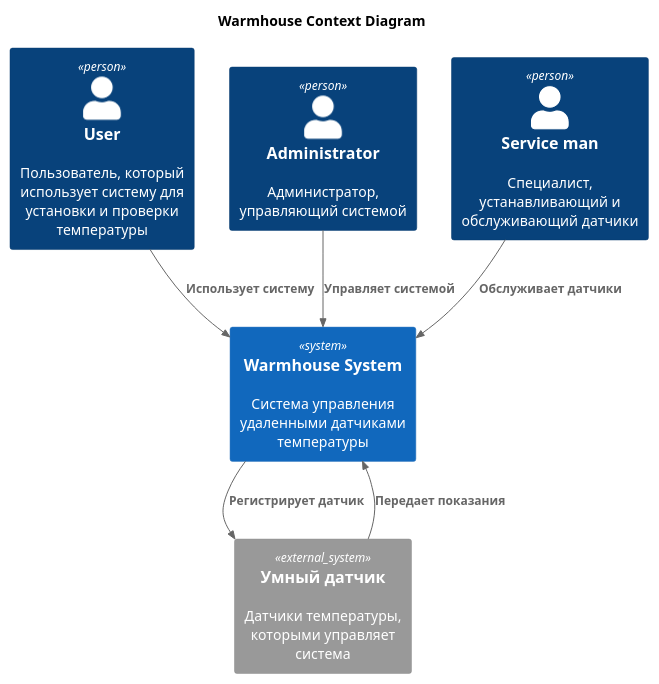
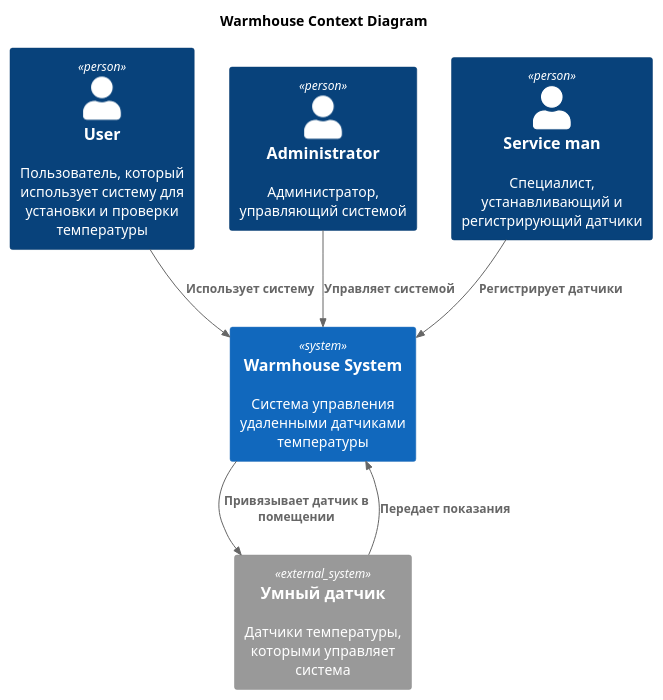
One commit to viceversag/Yandex-Architecture changed the diagram in diagrams/context/Warmhouse_context.puml. Above: the diagram before and after it, drawn with PlantUML. The commit also changed 1 other file, not shown here.

```diff
--- a/diagrams/context/Warmhouse_context.puml
+++ b/diagrams/context/Warmhouse_context.puml
@@ -1,20 +1,21 @@
 @startuml
 title Warmhouse Context Diagram
 
 top to bottom direction
 
 !includeurl https://raw.githubusercontent.com/RicardoNiepel/C4-PlantUML/master/C4_Component.puml
 
 Person(user, "User", "Пользователь, который использует систему для установки и проверки температуры")
 Person(admin, "Administrator", "Администратор, управляющий системой")
-Person(serviceman, "Service man", "Специалист, устанавливающий и обслуживающий датчики")
+Person(serviceman, "Service man", "Специалист, устанавливающий и регистрирующий датчики")
 System(WarmhouseSystem, "Warmhouse System", "Система управления удаленными датчиками температуры")
 
 System_Ext(sensor, "Умный датчик", "Датчики температуры, которыми управляет система")
+'System_Ext(bank, "Bank System", "External bank for processing payments")
 
 Rel(user, WarmhouseSystem, "Использует систему")
 Rel(admin,WarmhouseSystem,"Управляет системой")
-Rel(serviceman, WarmhouseSystem,"Обслуживает датчики")
+Rel(serviceman, WarmhouseSystem,"Регистрирует датчики")
 Rel(sensor, WarmhouseSystem,"Передает показания")
-Rel(WarmhouseSystem, sensor, "Регистрирует датчик")
+Rel(WarmhouseSystem, sensor, "Привязывает датчик в помещении")
 @enduml
```
